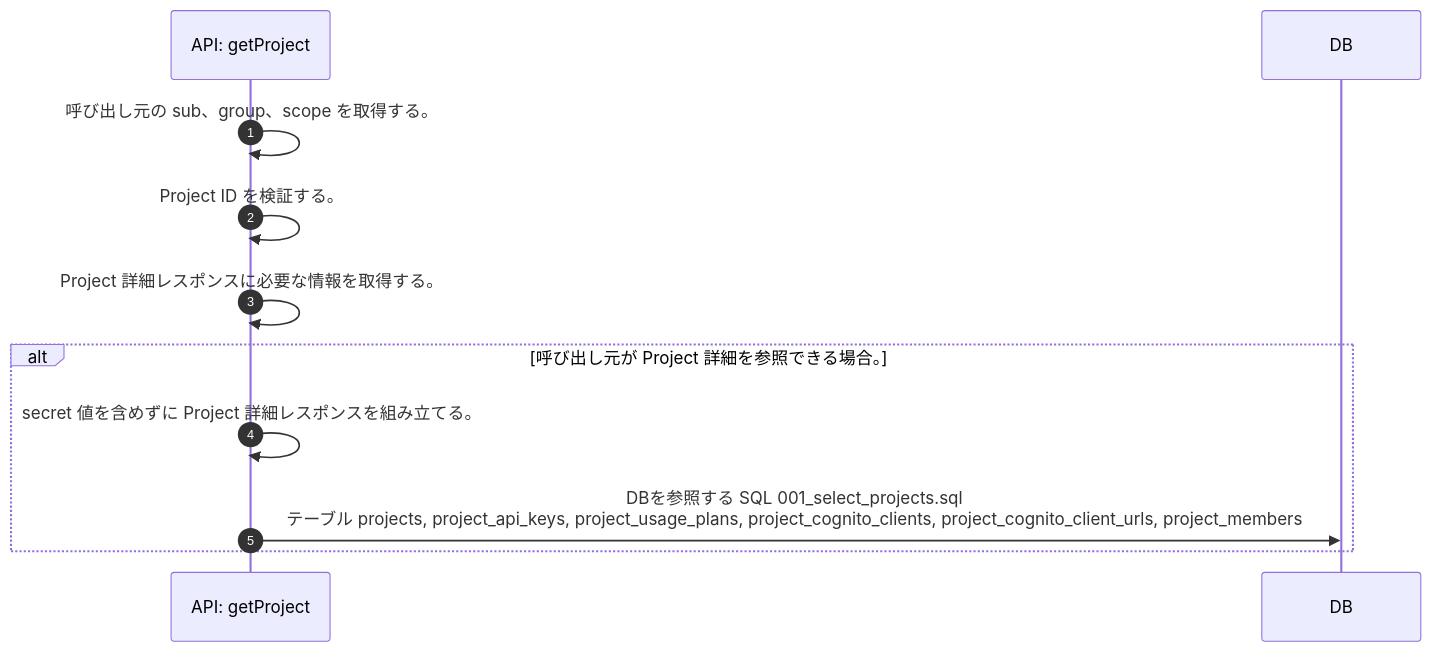
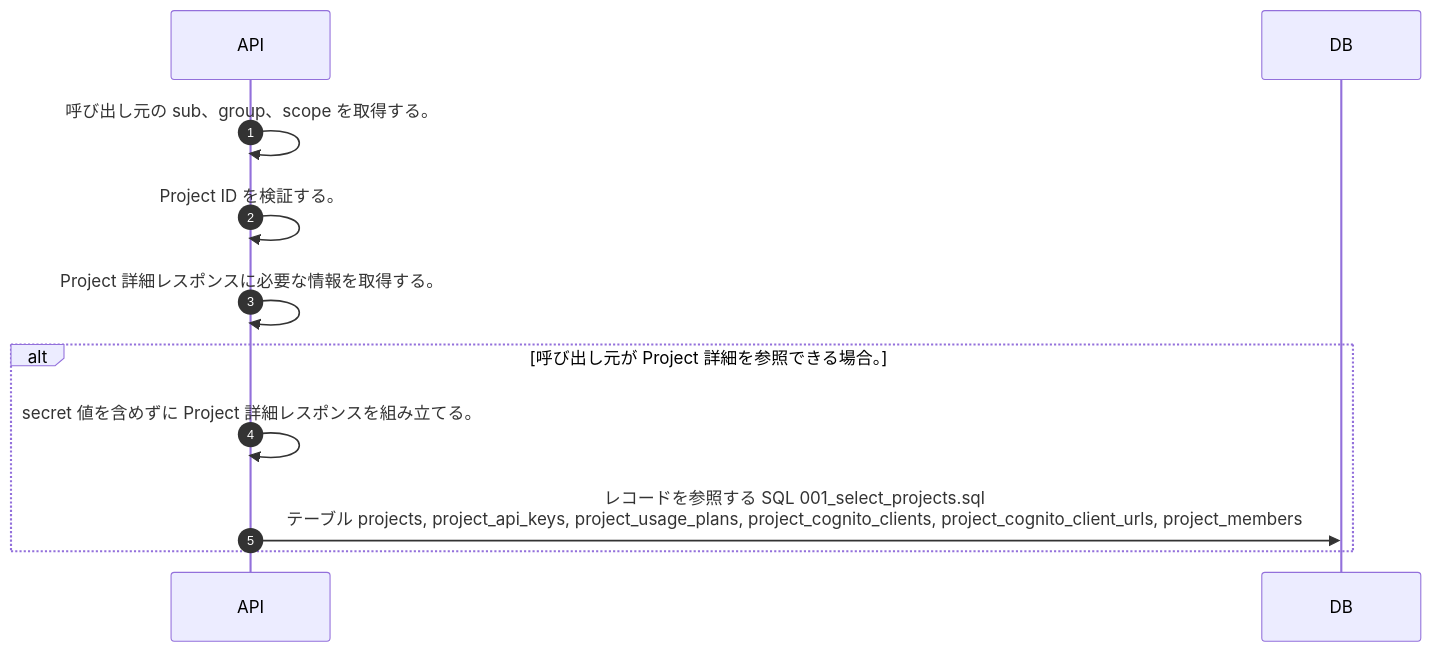
The diagram in docs/spec/40.apis/projects/get_project/sequence_gen.md (tsuji-tomonori/lazunex), drawn with Mermaid before and after one commit. The commit also changed 15 other files, not shown here.

First line of the commit message:
🐛 fix(api): sequenceのAPI名とDB操作表現を修正

````diff
--- a/docs/spec/40.apis/projects/get_project/sequence_gen.md
+++ b/docs/spec/40.apis/projects/get_project/sequence_gen.md
@@ -5,13 +5,13 @@
 ```mermaid
 sequenceDiagram
   autonumber
-  participant API as API: getProject
+  participant API as API
   participant DB as DB
   API->>API: 呼び出し元の sub、group、scope を取得する。
   API->>API: Project ID を検証する。
   API->>API: Project 詳細レスポンスに必要な情報を取得する。
   alt 呼び出し元が Project 詳細を参照できる場合。
     API->>API: secret 値を含めずに Project 詳細レスポンスを組み立てる。
-    API->>DB: DBを参照する SQL 001_select_projects.sql<br/>テーブル projects, project_api_keys, project_usage_plans, project_cognito_clients, project_cognito_client_urls, project_members
+    API->>DB: レコードを参照する SQL 001_select_projects.sql<br/>テーブル projects, project_api_keys, project_usage_plans, project_cognito_clients, project_cognito_client_urls, project_members
   end
 ```
````
